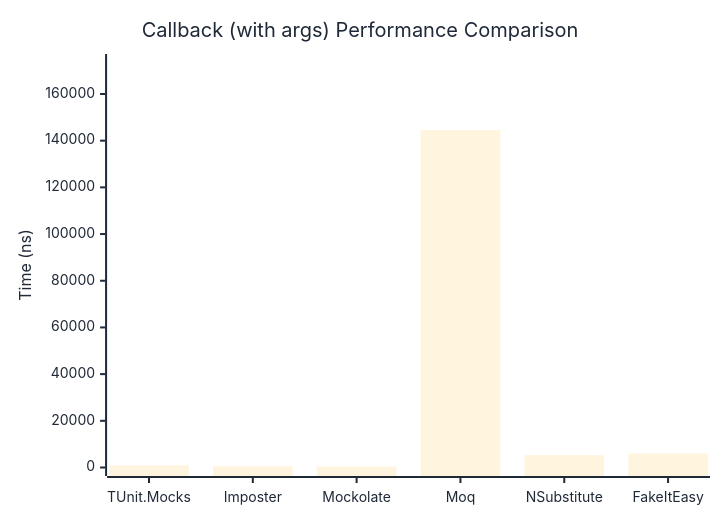
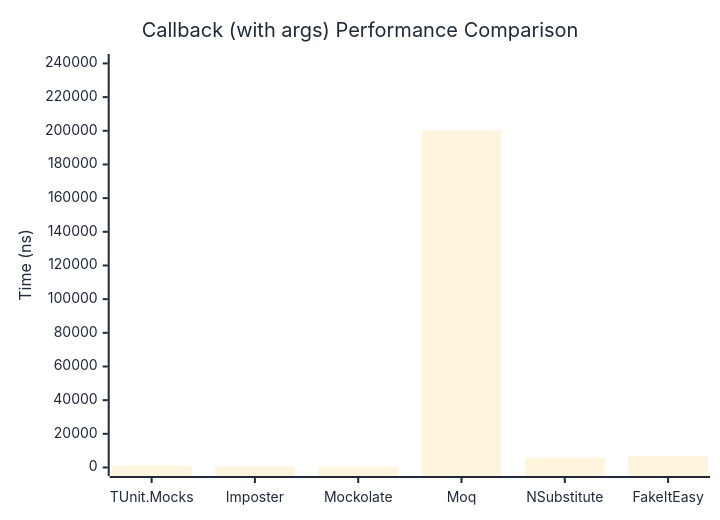
The second of 2 diagrams in docs/docs/benchmarks/mocks/Callback.md (thomhurst/TUnit), drawn with Mermaid before and after one commit. The commit also changed other lines of this file and 14 other files, not shown here.

````diff
--- a/docs/docs/benchmarks/mocks/Callback.md
+++ b/docs/docs/benchmarks/mocks/Callback.md
@@ -71,27 +71,27 @@
 ```mermaid
 %%{init: {
   'theme':'base',
   'themeVariables': {
     'primaryColor': '#2563eb',
     'primaryTextColor': '#1f2937',
     'primaryBorderColor': '#1e40af',
     'lineColor': '#6b7280',
     'secondaryColor': '#7c3aed',
     'tertiaryColor': '#dc2626',
     'background': '#ffffff',
     'pie1': '#2563eb',
     'pie2': '#7c3aed',
     'pie3': '#dc2626',
     'pie4': '#f59e0b',
     'pie5': '#10b981',
     'pie6': '#06b6d4',
     'pie7': '#ec4899',
     'pie8': '#6366f1'
   }
 }}%%
 xychart-beta
   title "Callback (with args) Performance Comparison"
   x-axis ["TUnit.Mocks", "Imposter", "Mockolate", "Moq", "NSubstitute", "FakeItEasy"]
-  y-axis "Time (ns)" 0 --> 173485
-  bar [861.7, 564.3, 408.7, 144570.4, 5277.4, 5966.4]
+  y-axis "Time (ns)" 0 --> 240559
+  bar [906.6, 639.3, 488.7, 200465.2, 5870, 6670.1]
 ```
````
